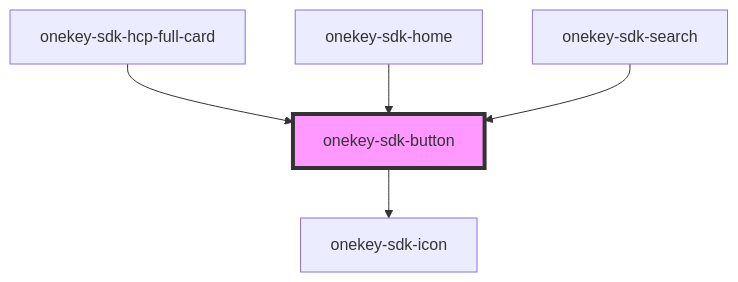
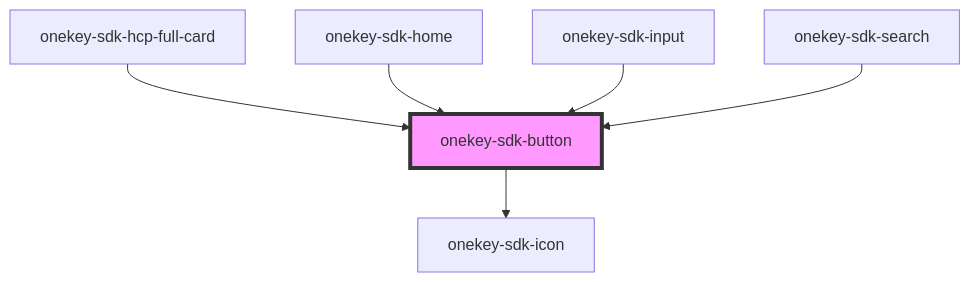
One commit to hcl-sdk/HealthCareLocatorWebSDK changed the diagram in packages/onekey-sdk-core-ui/docs/components/ui-kits/onekey-sdk-button/readme.md. Above: the diagram before and after it, drawn with Mermaid. The commit also changed other lines of this file and 42 other files, not shown here.

````diff
--- a/packages/onekey-sdk-core-ui/docs/components/ui-kits/onekey-sdk-button/readme.md
+++ b/packages/onekey-sdk-core-ui/docs/components/ui-kits/onekey-sdk-button/readme.md
@@ -38,8 +39,9 @@
 ```mermaid
 graph TD;
   onekey-sdk-button --> onekey-sdk-icon
   onekey-sdk-hcp-full-card --> onekey-sdk-button
   onekey-sdk-home --> onekey-sdk-button
+  onekey-sdk-input --> onekey-sdk-button
   onekey-sdk-search --> onekey-sdk-button
   style onekey-sdk-button fill:#f9f,stroke:#333,stroke-width:4px
 ```
````
